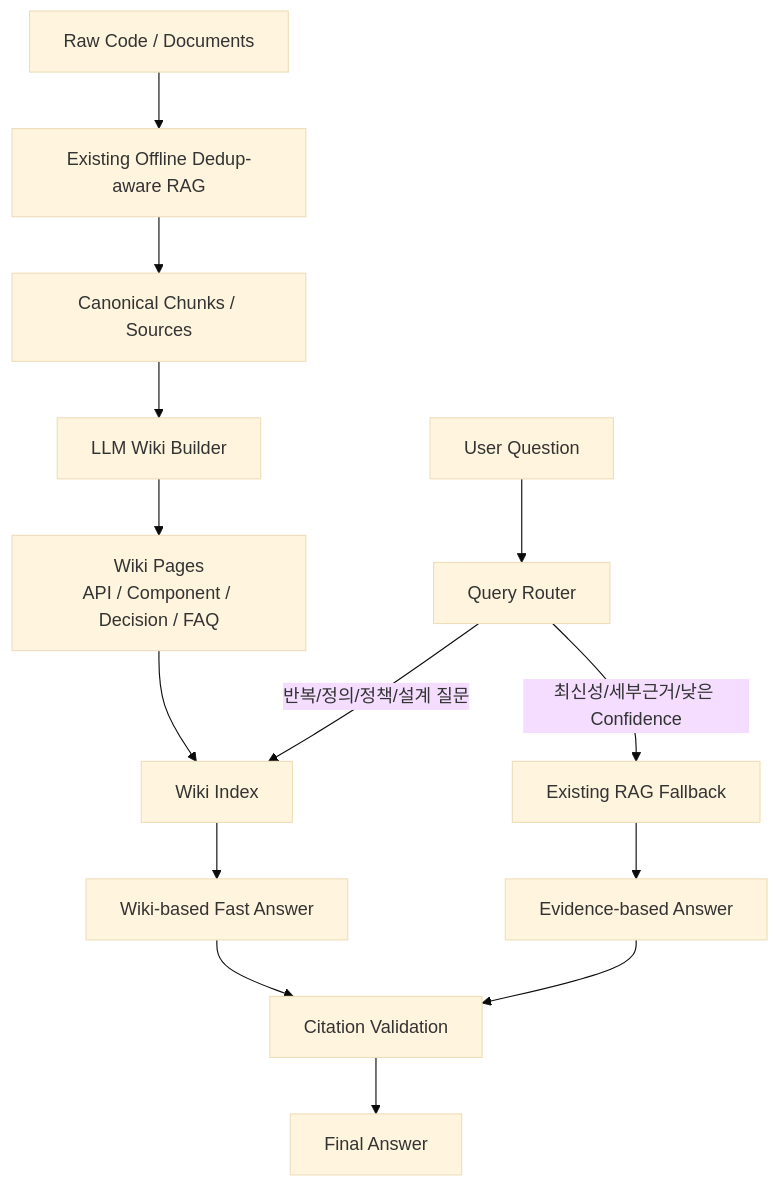
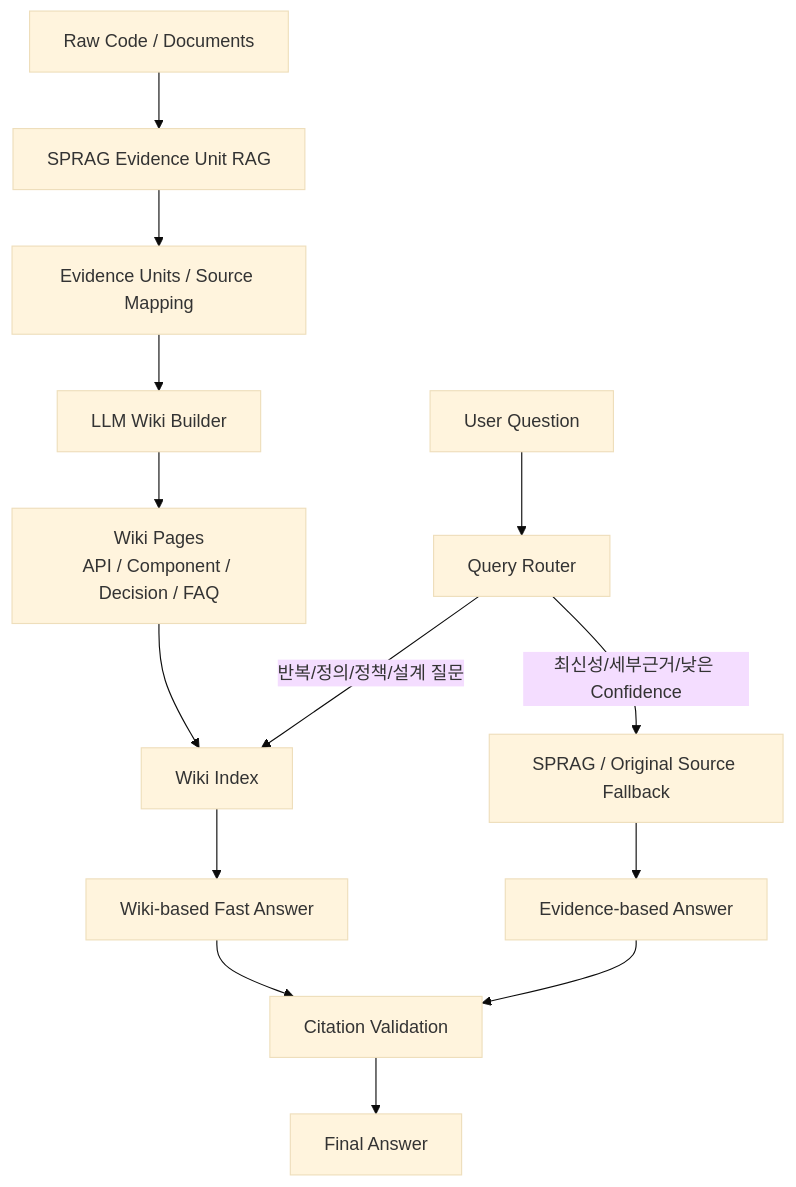
Before and after one commit to younlea/2026_architect_9B_team: the fourth of 4 diagrams in doc/04_DP3_Knowledge_Access_Strategy.md, drawn with Mermaid (base theme). The commit also changed other lines of this file and 5 other files, not shown here.

````diff
--- a/doc/04_DP3_Knowledge_Access_Strategy.md
+++ b/doc/04_DP3_Knowledge_Access_Strategy.md
@@ -184,21 +201,21 @@
 ```mermaid
 flowchart TD
-    A[Raw Code / Documents] --> B[Existing Offline Dedup-aware RAG]
-    B --> C[Canonical Chunks / Sources]
+    A[Raw Code / Documents] --> B[SPRAG Evidence Unit RAG]
+    B --> C[Evidence Units / Source Mapping]
 
     C --> W[LLM Wiki Builder]
     W --> P[Wiki Pages<br/>API / Component / Decision / FAQ]
     P --> I[Wiki Index]
 
     Q[User Question] --> R[Query Router]
 
     R -->|반복/정의/정책/설계 질문| I
     I --> WA[Wiki-based Fast Answer]
 
-    R -->|최신성/세부근거/낮은 Confidence| ER[Existing RAG Fallback]
+    R -->|최신성/세부근거/낮은 Confidence| ER[SPRAG / Original Source Fallback]
     ER --> EA[Evidence-based Answer]
 
     WA --> CV[Citation Validation]
     EA --> CV
     CV --> L[Final Answer]
 ```
````
